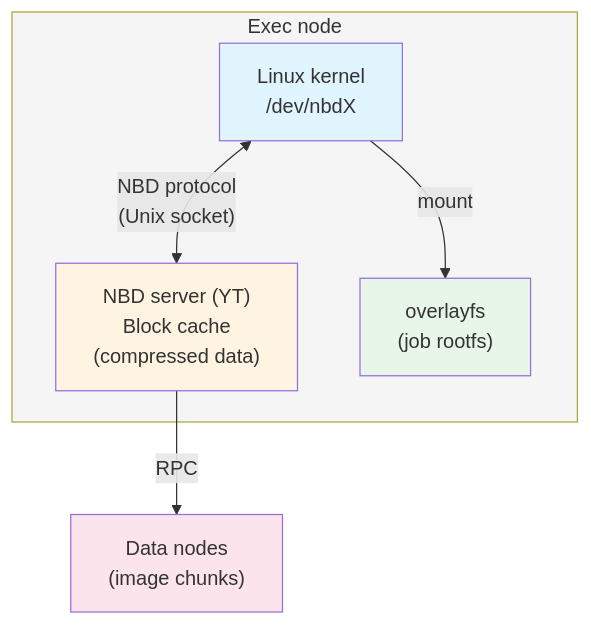
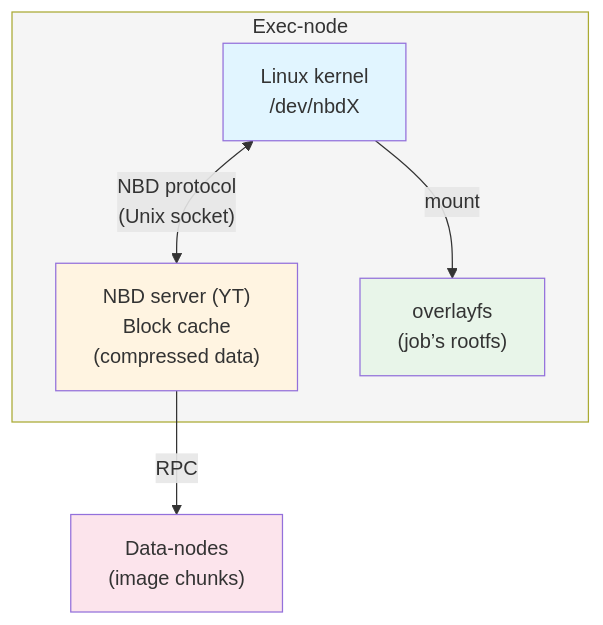
The diagram in yt/docs/en/_includes/admin-guide/nbd.md (ytsaurus/ytsaurus), drawn with Mermaid before and after one commit. The commit also changed other lines of this file and 3 other files, not shown here.

````diff
--- a/yt/docs/en/_includes/admin-guide/nbd.md
+++ b/yt/docs/en/_includes/admin-guide/nbd.md
@@ -13,19 +13,19 @@
 ```mermaid
 flowchart TB
-    subgraph ExecNode["Exec node"]
+    subgraph ExecNode["Exec-node"]
         Kernel["Linux kernel<br>/dev/nbdX"]
         NBDServer["NBD server (YT)<br>Block cache<br>(compressed data)"]
-        OverlayFS["overlayfs<br>(job rootfs)"]
+        OverlayFS["overlayfs<br>(job’s rootfs)"]
         
         Kernel <-->|"NBD protocol<br>(Unix socket)"| NBDServer
         Kernel -->|"mount"| OverlayFS
     end
     
-    NBDServer -->|"RPC"| DataNodes["Data nodes<br>(image chunks)"]
+    NBDServer -->|"RPC"| DataNodes["Data-nodes<br>(image chunks)"]
     
     style ExecNode fill:#f5f5f5
     style Kernel fill:#e1f5ff
     style NBDServer fill:#fff4e1
     style OverlayFS fill:#e8f5e9
     style DataNodes fill:#fce4ec
 ```
````
